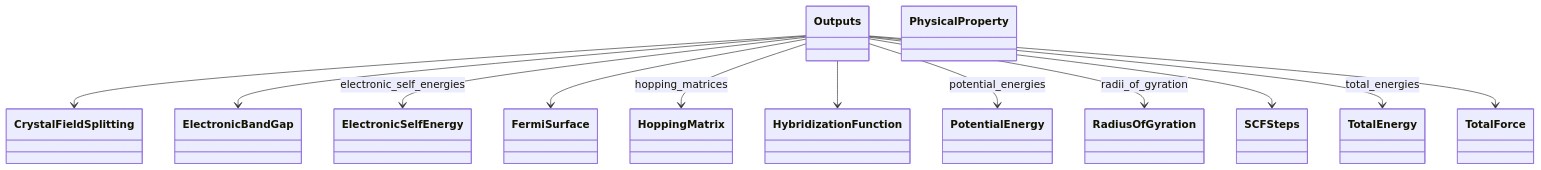
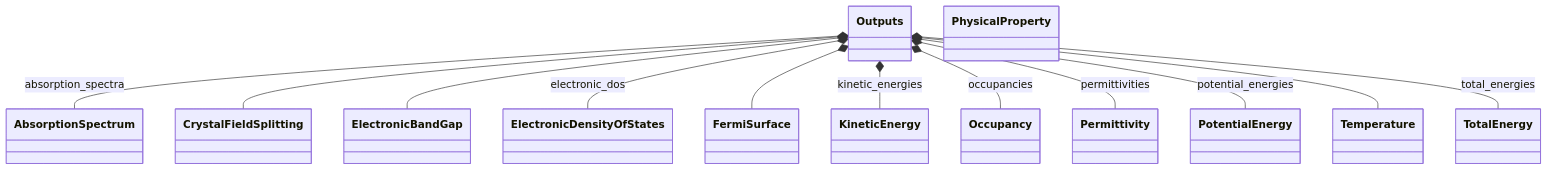
One commit to FAIRmat-NFDI/nomad-simulations changed the second of 2 diagrams in docs/schema/outputs.diagram.md. Above: the diagram before and after it, drawn with Mermaid. The commit also changed other lines of this file and 34 other files, not shown here.

````diff
--- a/docs/schema/outputs.diagram.md
+++ b/docs/schema/outputs.diagram.md
@@ -68,40 +68,40 @@
 ```mermaid
 classDiagram
+    class AbsorptionSpectrum {
+    }
     class CrystalFieldSplitting {
     }
     class ElectronicBandGap {
     }
-    class ElectronicSelfEnergy {
+    class ElectronicDensityOfStates {
     }
     class FermiSurface {
     }
-    class HoppingMatrix {
+    class KineticEnergy {
     }
-    class HybridizationFunction {
+    class Occupancy {
     }
     class Outputs {
+    }
+    class Permittivity {
     }
     class PhysicalProperty {
     }
     class PotentialEnergy {
     }
-    class RadiusOfGyration {
-    }
-    class SCFSteps {
+    class Temperature {
     }
     class TotalEnergy {
     }
-    class TotalForce {
-    }
-    Outputs --> CrystalFieldSplitting
-    Outputs --> ElectronicBandGap
-    Outputs --> ElectronicSelfEnergy : electronic_self_energies
-    Outputs --> FermiSurface
-    Outputs --> HoppingMatrix : hopping_matrices
-    Outputs --> HybridizationFunction
-    Outputs --> PotentialEnergy : potential_energies
-    Outputs --> RadiusOfGyration : radii_of_gyration
-    Outputs --> SCFSteps
-    Outputs --> TotalEnergy : total_energies
-    Outputs --> TotalForce
+    Outputs *-- AbsorptionSpectrum : absorption_spectra
+    Outputs *-- CrystalFieldSplitting
+    Outputs *-- ElectronicBandGap
+    Outputs *-- ElectronicDensityOfStates : electronic_dos
+    Outputs *-- FermiSurface
+    Outputs *-- KineticEnergy : kinetic_energies
+    Outputs *-- Occupancy : occupancies
+    Outputs *-- Permittivity : permittivities
+    Outputs *-- PotentialEnergy : potential_energies
+    Outputs *-- Temperature
+    Outputs *-- TotalEnergy : total_energies
 ```
````
